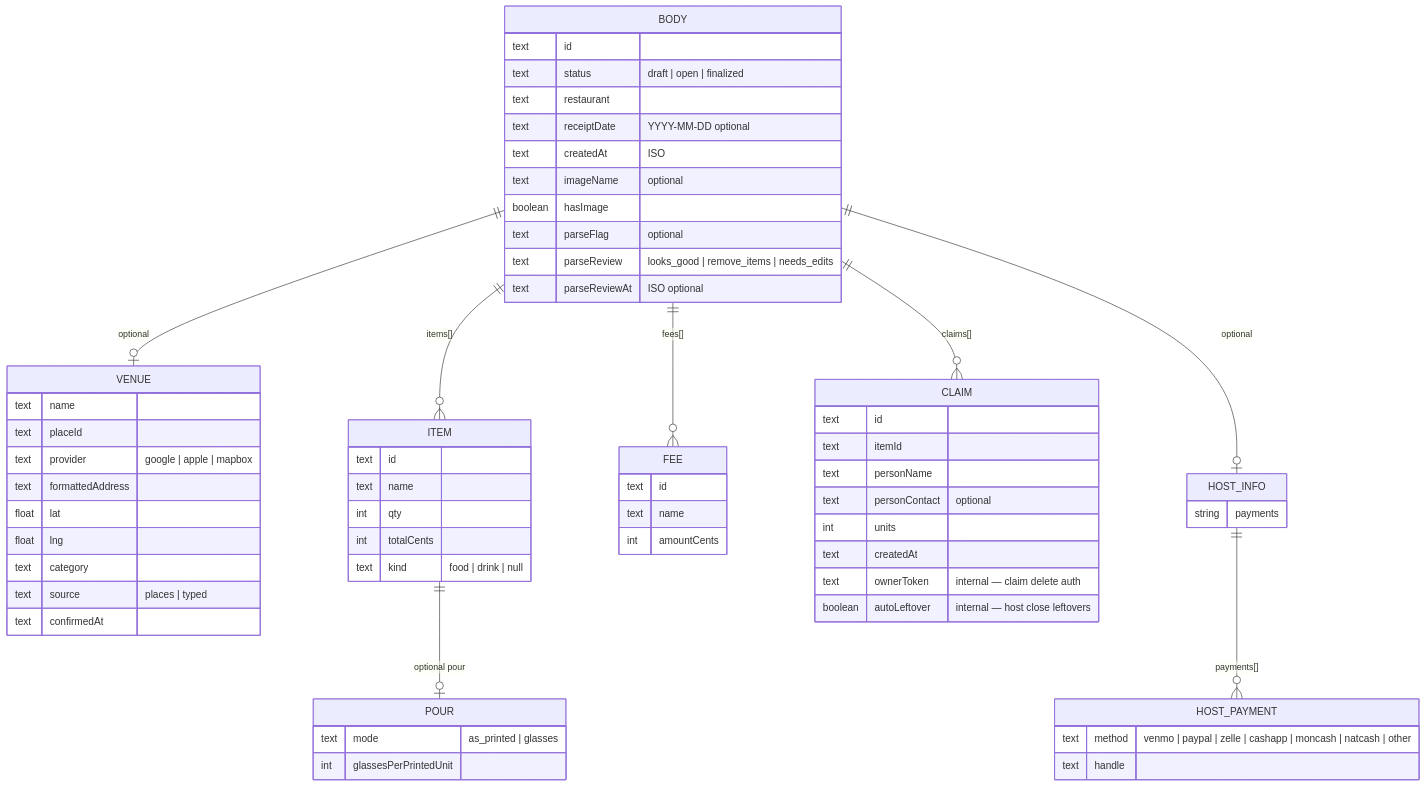
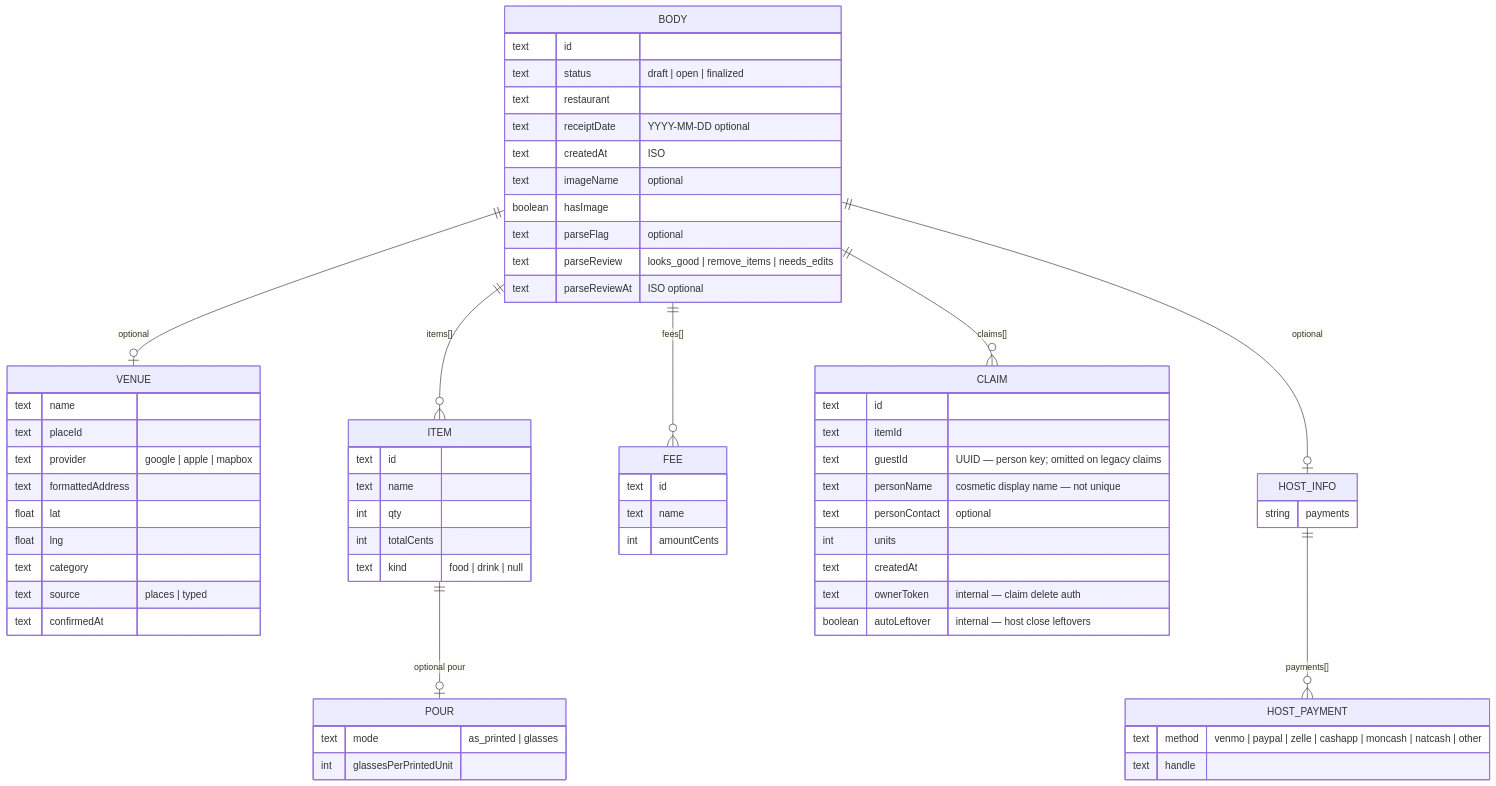
One commit to bizoton19/stw_app changed the second of 3 diagrams in plans/ERD.md. Above: the diagram before and after it, drawn with Mermaid. The commit also changed other lines of this file and 18 other files, not shown here.

First line of the commit message:
Key mine and settle totals by guestId instead of display name.

````diff
--- a/plans/ERD.md
+++ b/plans/ERD.md
@@ -80,74 +80,75 @@
 ```mermaid
 erDiagram
   BODY ||--o| VENUE : "optional"
   BODY ||--o{ ITEM : "items[]"
   BODY ||--o{ FEE : "fees[]"
   BODY ||--o{ CLAIM : "claims[]"
   BODY ||--o| HOST_INFO : "optional"
   ITEM ||--o| POUR : "optional pour"
   HOST_INFO ||--o{ HOST_PAYMENT : "payments[]"
 
   BODY {
     text id
     text status "draft | open | finalized"
     text restaurant
     text receiptDate "YYYY-MM-DD optional"
     text createdAt "ISO"
     text imageName "optional"
     boolean hasImage
     text parseFlag "optional"
     text parseReview "looks_good | remove_items | needs_edits"
     text parseReviewAt "ISO optional"
   }
 
   VENUE {
     text name
     text placeId
     text provider "google | apple | mapbox"
     text formattedAddress
     float lat
     float lng
     text category
     text source "places | typed"
     text confirmedAt
   }
 
   ITEM {
     text id
     text name
     int qty
     int totalCents
     text kind "food | drink | null"
   }
 
   POUR {
     text mode "as_printed | glasses"
     int glassesPerPrintedUnit
   }
 
   FEE {
     text id
     text name
     int amountCents
   }
 
   CLAIM {
     text id
     text itemId
-    text personName
+    text guestId "UUID — person key; omitted on legacy claims"
+    text personName "cosmetic display name — not unique"
     text personContact "optional"
     int units
     text createdAt
     text ownerToken "internal — claim delete auth"
     boolean autoLeftover "internal — host close leftovers"
   }
 
   HOST_INFO {
     string payments
   }
 
   HOST_PAYMENT {
     text method "venmo | paypal | zelle | cashapp | moncash | natcash | other"
     text handle
   }
 ```
````
